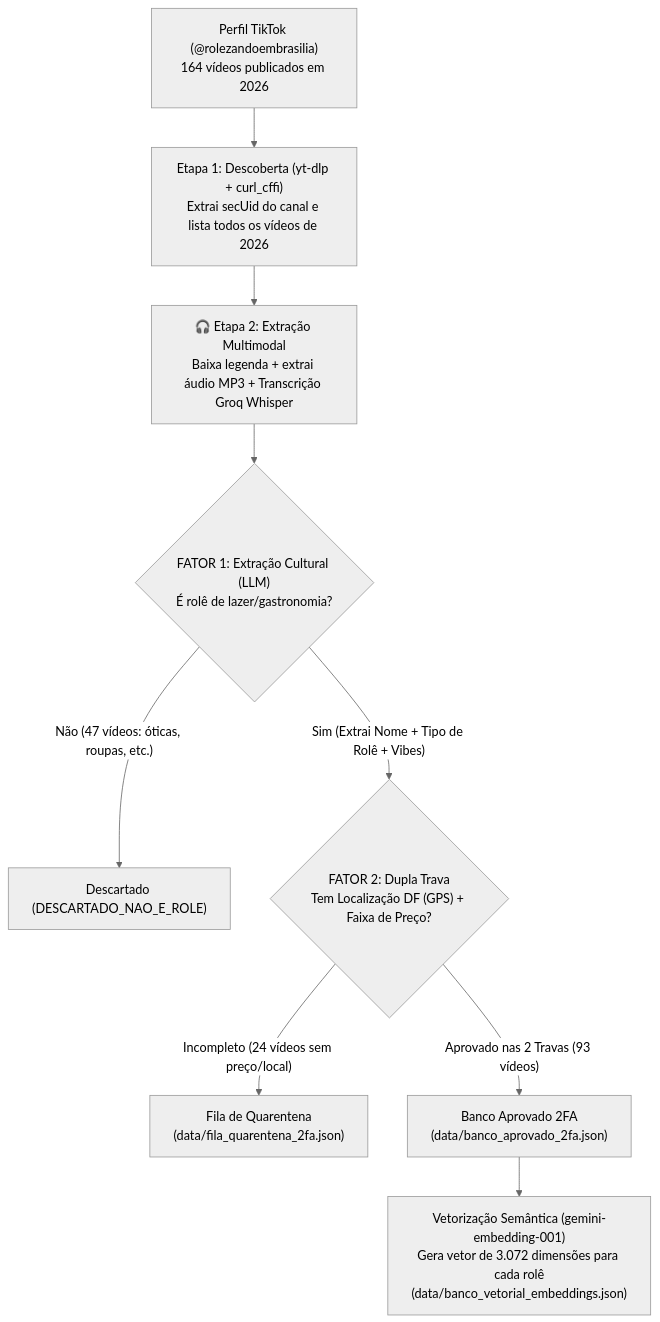
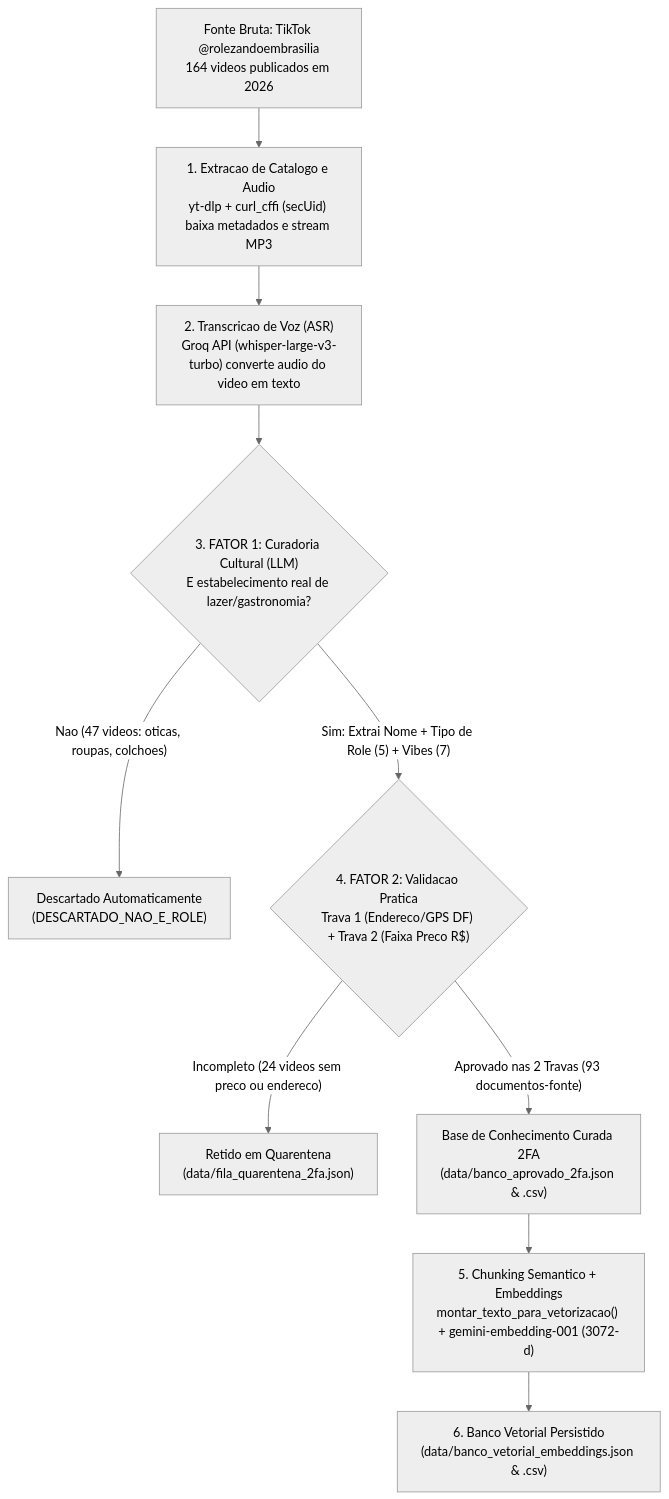
Before and after one commit to Residencia-IA-Challenge-2-Grupo-7/residencia-ia-g7-challenge2: the first of 2 diagrams in docs/dados/README.md, drawn with Mermaid (neutral theme). The commit also changed other lines of this file and 15 other files, not shown here.

````diff
--- a/docs/dados/README.md
+++ b/docs/dados/README.md
@@ -31,11 +61,12 @@
 ```mermaid
 flowchart TD
-    A["Perfil TikTok (@rolezandoembrasilia)<br/>164 vídeos publicados em 2026"] --> B["Etapa 1: Descoberta (yt-dlp + curl_cffi)<br/>Extrai secUid do canal e lista todos os vídeos de 2026"]
-    B --> C["🎧 Etapa 2: Extração Multimodal<br/>Baixa legenda + extrai áudio MP3 + Transcrição Groq Whisper"]
-    C --> D{"FATOR 1: Extração Cultural (LLM)<br/>É rolê de lazer/gastronomia?"}
-    D -- "Não (47 vídeos: óticas, roupas, etc.)" --> E["Descartado (DESCARTADO_NAO_E_ROLE)"]
-    D -- "Sim (Extrai Nome + Tipo de Rolê + Vibes)" --> F{"FATOR 2: Dupla Trava<br/>Tem Localização DF (GPS) + Faixa de Preço?"}
-    F -- "Incompleto (24 vídeos sem preço/local)" --> G["Fila de Quarentena<br/>(data/fila_quarentena_2fa.json)"]
-    F -- "Aprovado nas 2 Travas (93 vídeos)" --> H["Banco Aprovado 2FA<br/>(data/banco_aprovado_2fa.json)"]
-    H --> I["Vetorização Semântica (gemini-embedding-001)<br/>Gera vetor de 3.072 dimensões para cada rolê<br/>(data/banco_vetorial_embeddings.json)"]
+    A["Fonte Bruta: TikTok @rolezandoembrasilia<br/>164 videos publicados em 2026"] --> B["1. Extracao de Catalogo e Audio<br/>yt-dlp + curl_cffi (secUid) baixa metadados e stream MP3"]
+    B --> C["2. Transcricao de Voz (ASR)<br/>Groq API (whisper-large-v3-turbo) converte audio do video em texto"]
+    C --> D{"3. FATOR 1: Curadoria Cultural (LLM)<br/>E estabelecimento real de lazer/gastronomia?"}
+    D -- "Nao (47 videos: oticas, roupas, colchoes)" --> E["Descartado Automaticamente<br/>(DESCARTADO_NAO_E_ROLE)"]
+    D -- "Sim: Extrai Nome + Tipo de Role (5) + Vibes (7)" --> F{"4. FATOR 2: Validacao Pratica<br/>Trava 1 (Endereco/GPS DF) + Trava 2 (Faixa Preco R$)"}
+    F -- "Incompleto (24 videos sem preco ou endereco)" --> G["Retido em Quarentena<br/>(data/fila_quarentena_2fa.json)"]
+    F -- "Aprovado nas 2 Travas (93 documentos-fonte)" --> H["Base de Conhecimento Curada 2FA<br/>(data/banco_aprovado_2fa.json & .csv)"]
+    H --> I["5. Chunking Semantico + Embeddings<br/>montar_texto_para_vetorizacao() + gemini-embedding-001 (3072-d)"]
+    I --> J["6. Banco Vetorial Persistido<br/>(data/banco_vetorial_embeddings.json & .csv)"]
 ```
````
